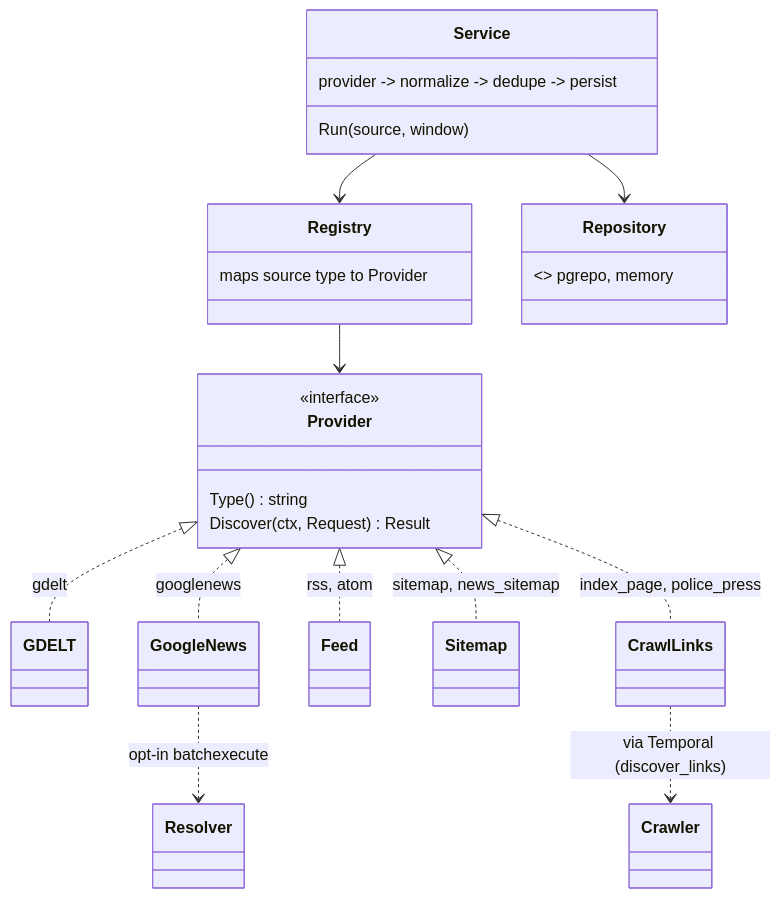
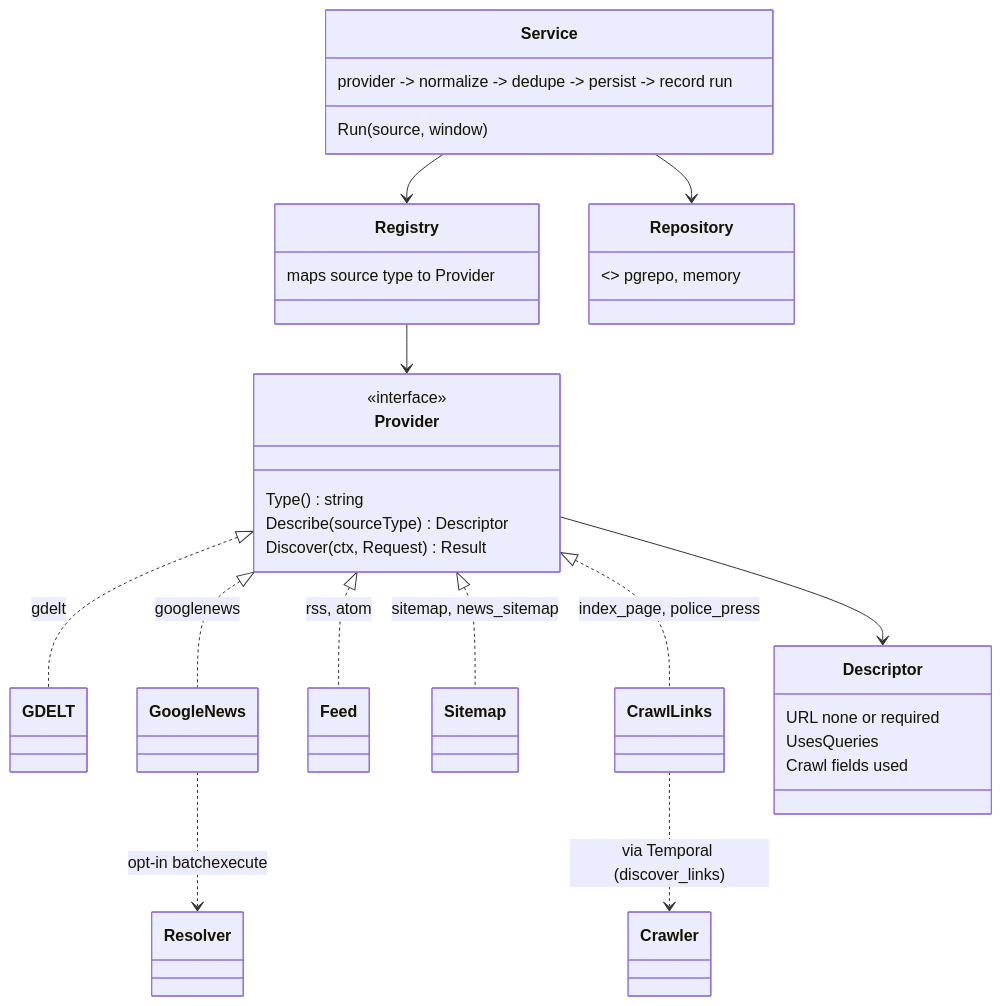
Before and after one commit to joshdurbin/vulnerable_user_incident_tracking: the third of 15 diagrams in docs/design.md, drawn with Mermaid. The commit also changed other lines of this file and 9 other files, not shown here.

````diff
--- a/docs/design.md
+++ b/docs/design.md
@@ -93,25 +94,32 @@
 ```mermaid
 classDiagram
   class Provider {
     <<interface>>
     Type() string
+    Describe(sourceType) Descriptor
     Discover(ctx, Request) Result
   }
   Provider <|.. GDELT : gdelt
   Provider <|.. GoogleNews : googlenews
   Provider <|.. Feed : rss, atom
   Provider <|.. Sitemap : sitemap, news_sitemap
   Provider <|.. CrawlLinks : index_page, police_press
 
+  class Descriptor {
+    URL none or required
+    UsesQueries
+    Crawl fields used
+  }
+  Provider --> Descriptor
   class Registry { maps source type to Provider }
   class Service {
     Run(source, window)
-    provider -> normalize -> dedupe -> persist
+    provider -> normalize -> dedupe -> persist -> record run
   }
   Registry --> Provider
   Service --> Registry
   Service --> Repository
   class Repository { <<interface>> pgrepo, memory }
   CrawlLinks ..> Crawler : via Temporal (discover_links)
   GoogleNews ..> Resolver : opt-in batchexecute
 ```
````
